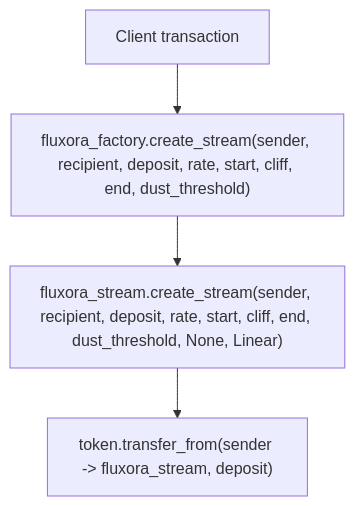
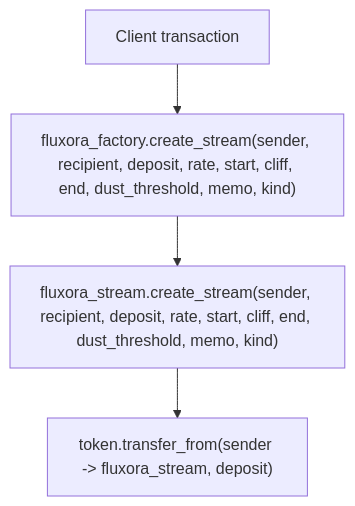
The diagram in docs/factory.md (Fluxora-Org/Fluxora-Contracts), drawn with Mermaid before and after one commit. The commit also changed other lines of this file and 3 other files, not shown here.

Commit message:
Support CliffOnly and memo streams in factory; add atomic create_streams batch wrapper and memo validation (#723)

````diff
--- a/docs/factory.md
+++ b/docs/factory.md
@@ -74,11 +84,11 @@
 ```mermaid
 flowchart TD
     client[Client transaction]
-    factory["fluxora_factory.create_stream(sender, recipient, deposit, rate, start, cliff, end, dust_threshold)"]
-    stream["fluxora_stream.create_stream(sender, recipient, deposit, rate, start, cliff, end, dust_threshold, None, Linear)"]
+    factory["fluxora_factory.create_stream(sender, recipient, deposit, rate, start, cliff, end, dust_threshold, memo, kind)"]
+    stream["fluxora_stream.create_stream(sender, recipient, deposit, rate, start, cliff, end, dust_threshold, memo, kind)"]
     token["token.transfer_from(sender -> fluxora_stream, deposit)"]
 
     client --> factory
     factory --> stream
     stream --> token
 ```
````
